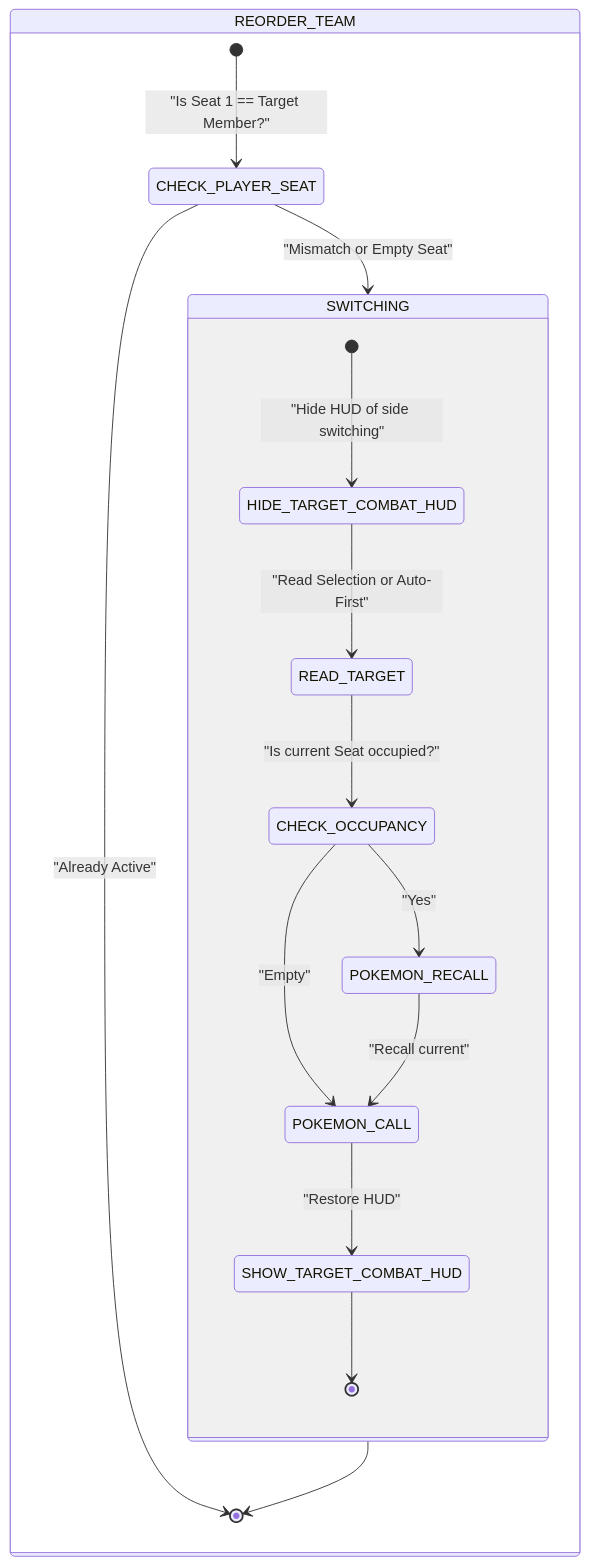
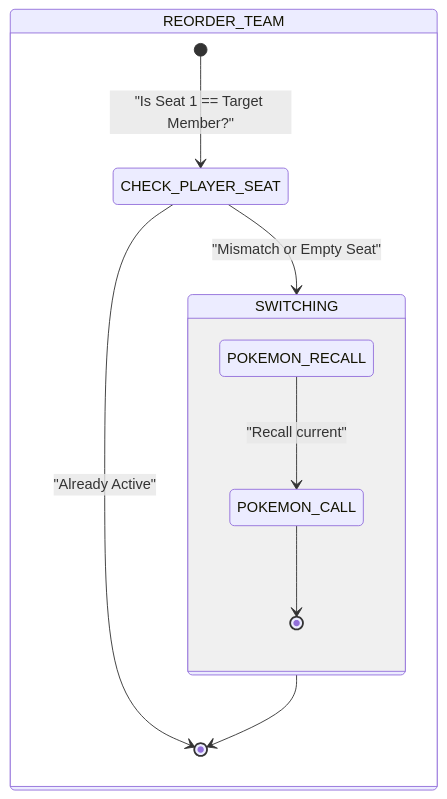
Diagram 13 of 18 in .agents/skills/project-standards/references/battle/battle_mechanics_manual.md (Darkham77/PokeBorrador), drawn with Mermaid before and after one commit. The commit also changed other lines of this file and 30 other files, not shown here.

First line of the commit message:
fix(battle): stabilize first encounter visibility and combatant seat synchronization

````diff
--- a/.agents/skills/project-standards/references/battle/battle_mechanics_manual.md
+++ b/.agents/skills/project-standards/references/battle/battle_mechanics_manual.md
@@ -757,26 +721,17 @@
 ```mermaid
 stateDiagram-v2
     state REORDER_TEAM {
         [*] --> CHECK_PLAYER_SEAT : "Is Seat 1 == Target Member?"
         
         state CHECK_PLAYER_SEAT <<choice>>
         CHECK_PLAYER_SEAT --> [*] : "Already Active"
         CHECK_PLAYER_SEAT --> SWITCHING : "Mismatch or Empty Seat"
         
         state SWITCHING {
-            [*] --> HIDE_TARGET_COMBAT_HUD : "Hide HUD of side switching"
-            HIDE_TARGET_COMBAT_HUD --> READ_TARGET : "Read Selection or Auto-First"
-            READ_TARGET --> CHECK_OCCUPANCY : "Is current Seat occupied?"
-            
-            state CHECK_OCCUPANCY <<choice>>
-            CHECK_OCCUPANCY --> POKEMON_RECALL : "Yes"
-            CHECK_OCCUPANCY --> POKEMON_CALL : "Empty"
-            
             POKEMON_RECALL --> POKEMON_CALL : "Recall current"
-            POKEMON_CALL --> SHOW_TARGET_COMBAT_HUD: "Restore HUD"
-            SHOW_TARGET_COMBAT_HUD --> [*]
+            POKEMON_CALL --> [*]
         }
         
         SWITCHING --> [*]
     }
 ```
````
